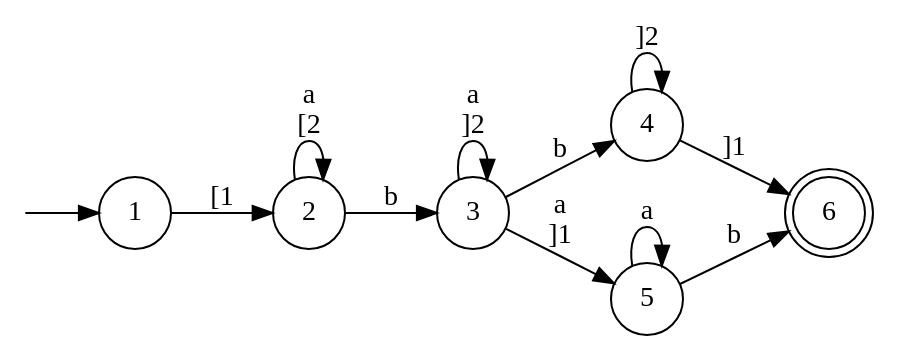
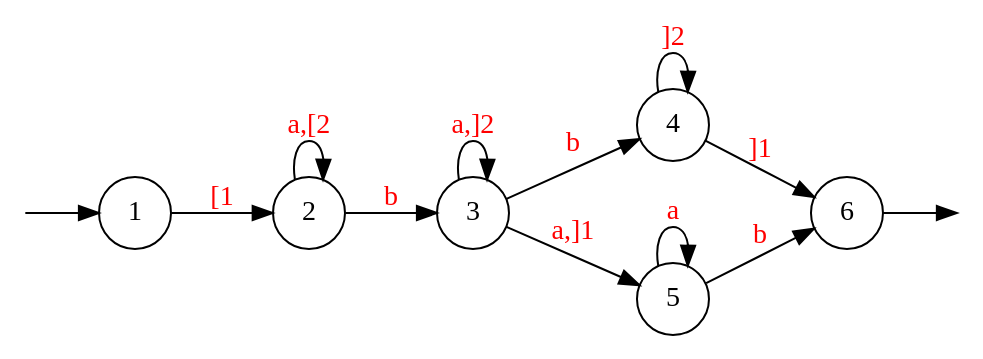
Before and after one commit to 0Marble/lgraphs: the diagram in text/graphs/normal_example_2_original.dot, drawn with Graphviz. The commit also changed 26 other files, not shown here.

Commit message:
changed graph images to svg

```diff
--- a/text/graphs/normal_example_2_original.dot
+++ b/text/graphs/normal_example_2_original.dot
@@ -1,21 +1,20 @@
 digraph {
     node [shape=circle];
     rankdir = "LR";
     Q0 [style=invisible, height=0, width=0, fixedsize=true];
+    Q1 [style=invisible, height=0, width=0, fixedsize=true];
 
-    1 [start=true];
     Q0 -> 1;
+    6 -> Q1;
 
-    6 [end=true, shape=doublecircle];
-
-    1 -> 2 [item="[1", label="[1"];
-    2 -> 2 [item="a[2", label="a\n[2"];
-    2 -> 3 [item="b", label="b"];
-    3 -> 3 [item="a]2", label="a\n]2"];
-    3 -> 4 [item="b", label="b"];
-    4 -> 4 [item="]2", label="]2"];
-    3 -> 5 [item="a]1", label="a\n]1"];
-    5 -> 5 [item="a", label="a"];
-    5 -> 6 [item="b", label="b"];
-    4 -> 6 [item="]1", label="]1"];
+    1 -> 2 [ label="[1", fontcolor=red];
+    2 -> 2 [ label="a,[2", fontcolor=red];
+    2 -> 3 [ label="b", fontcolor=red];
+    3 -> 3 [ label="a,]2", fontcolor=red];
+    3 -> 4 [ label="b", fontcolor=red];
+    4 -> 4 [ label="]2", fontcolor=red];
+    3 -> 5 [ label="a,]1", fontcolor=red];
+    5 -> 5 [ label="a", fontcolor=red];
+    5 -> 6 [ label="b", fontcolor=red];
+    4 -> 6 [ label="]1", fontcolor=red];
 }
```
